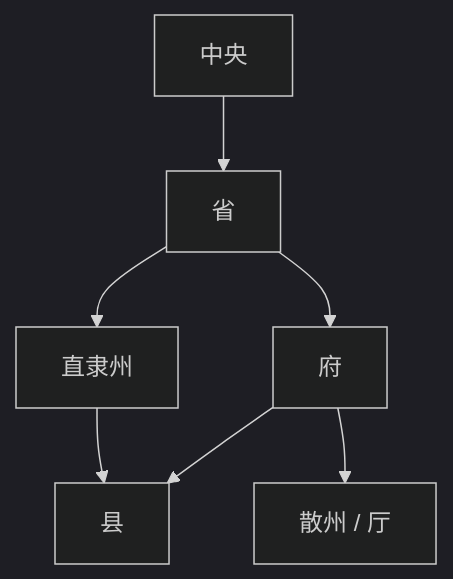
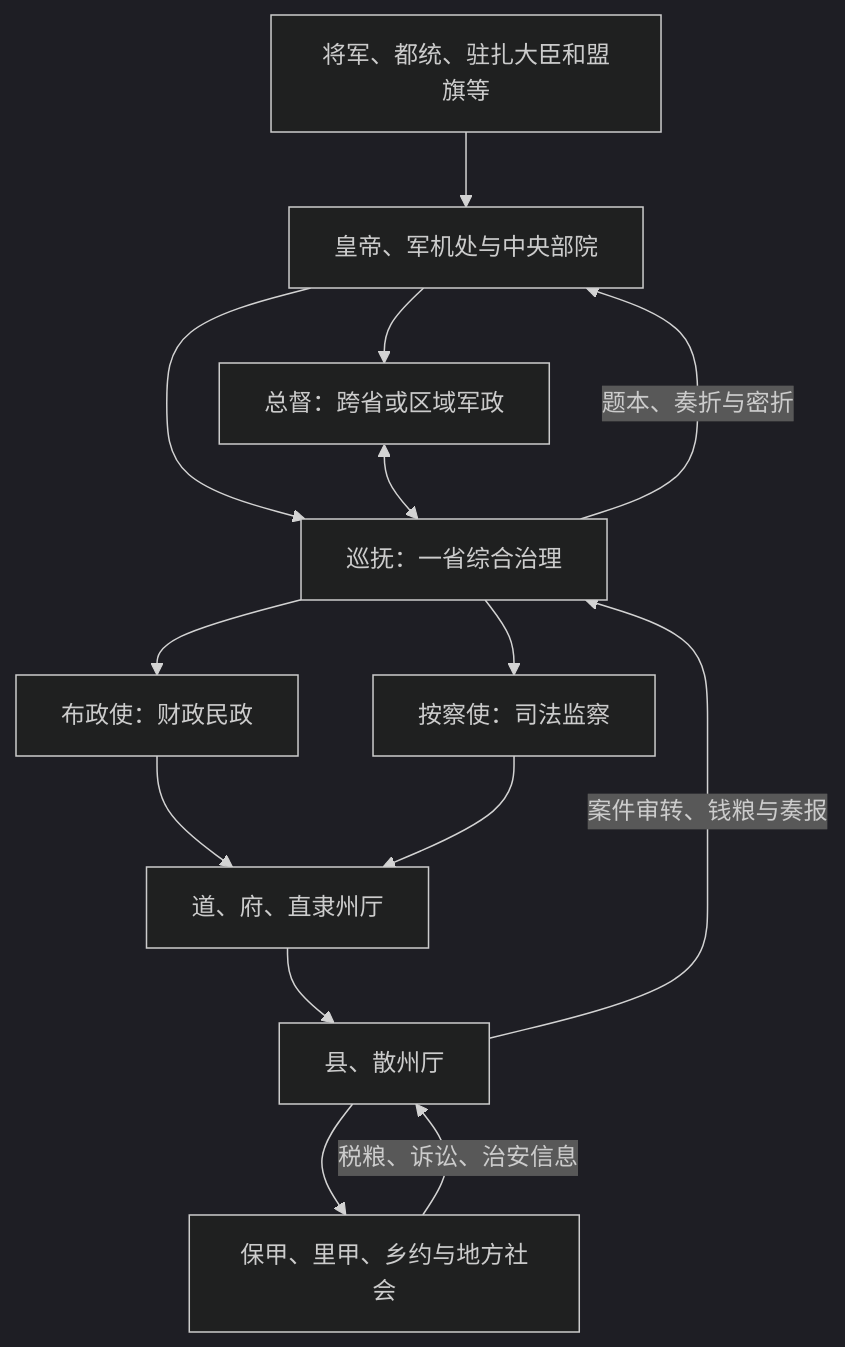
One commit to tianlan-dev/learning-notes changed the diagram in 人文科学/历史/东亚/中国/_制度/地方行政区划/历代地方区划/清.md. Above: the diagram before and after it, drawn with Mermaid (dark theme). The commit also changed other lines of this file and 1417 other files, not shown here.

````diff
--- a/人文科学/历史/东亚/中国/_制度/地方行政区划/历代地方区划/清.md
+++ b/人文科学/历史/东亚/中国/_制度/地方行政区划/历代地方区划/清.md
@@ -18,9 +23,16 @@
 ```mermaid
 flowchart TD
-    A["中央"] --> B["省"]
-    B --> C["府"]
-    B --> D["直隶州"]
-    C --> E["县"]
-    C --> F["散州 / 厅"]
-    D --> E
+    E["皇帝、军机处与中央部院"] --> D["总督：跨省或区域军政"]
+    E --> F["巡抚：一省综合治理"]
+    D <--> F
+    F --> B["布政使：财政民政"]
+    F --> A["按察使：司法监察"]
+    B --> R["道、府、直隶州厅"]
+    A --> R
+    R --> X["县、散州厅"]
+    X --> G["保甲、里甲、乡约与地方社会"]
+    G -->|税粮、诉讼、治安信息| X
+    X -->|案件审转、钱粮与奏报| F
+    F -->|题本、奏折与密折| E
+    J["将军、都统、驻扎大臣和盟旗等"] --> E
 ```
````
